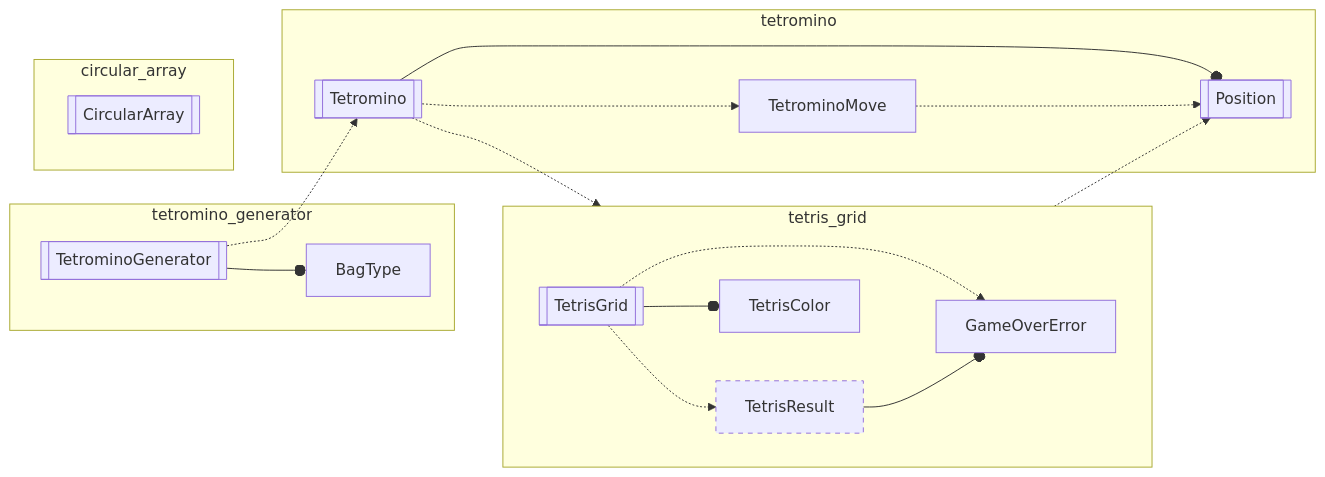
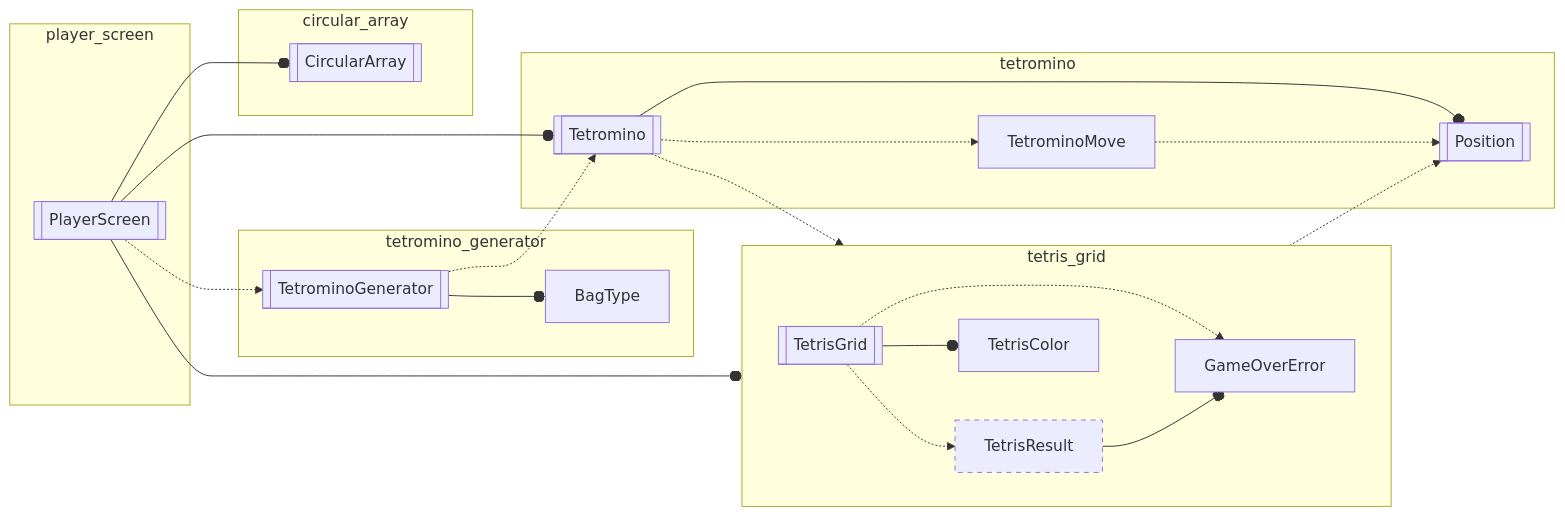
One commit to inesvar/tetris changed the diagram in tetris_core/src/tetris_core.mmd. Above: the diagram before and after it, drawn with Mermaid. The commit also changed 6 other files, not shown here.

Commit message:
Move player_screen to tetris_core

```diff
--- a/tetris_core/src/tetris_core.mmd
+++ b/tetris_core/src/tetris_core.mmd
@@ -1,41 +1,49 @@
 graph LR
     %% objects
     TetrominoMove[TetrominoMove]
     TetrisGrid[[TetrisGrid]]
     GameOverError[GameOverError]
     TetrisResult[TetrisResult]
     Tetromino[[Tetromino]]
     Position[[Position]]
     TetrisColor[TetrisColor]
     TetrominoGenerator[[TetrominoGenerator]]
     BagType[BagType]
     CircularArray[[CircularArray]]
+    PlayerScreen[[PlayerScreen]]
+
+    subgraph player_screen
+        PlayerScreen
+    end
+    PlayerScreen --o TetrisGrid
+    PlayerScreen --o Tetromino
+    PlayerScreen --o CircularArray
+    PlayerScreen -.-> TetrominoGenerator
 
     subgraph tetromino_generator
         TetrominoGenerator --o BagType
     end
     TetrominoGenerator
     TetrominoGenerator -.-> Tetromino
 
     subgraph circular_array
         CircularArray
     end
 
-    subgraph tetromino
-        Tetromino --o Position
-        TetrominoMove -.-> Position
-        Tetromino -.-> TetrominoMove
-    end
-
     subgraph tetris_grid
         direction LR
         TetrisGrid -.-> GameOverError
         TetrisGrid -.-> TetrisResult
         TetrisResult --o GameOverError
         TetrisGrid --o TetrisColor
     end
-
     Tetromino -.-> tetris_grid
     TetrisGrid -.-> Position
 
+    subgraph tetromino
+        Tetromino --o Position
+        TetrominoMove -.-> Position
+        Tetromino -.-> TetrominoMove
+    end
+
     style TetrisResult stroke-dasharray: 5 5;
```
